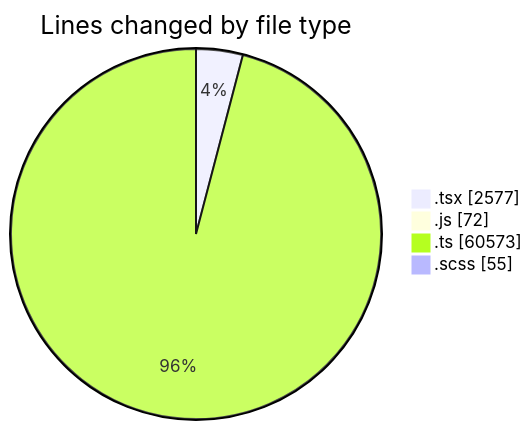
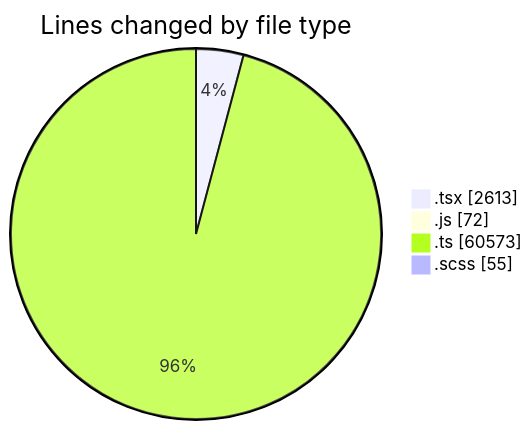
One commit to momahboobian/code-tracking changed the first of 2 diagrams in 2026-09-25/cda/README.md. Above: the diagram before and after it, drawn with Mermaid. The commit also changed other lines of this file and 1 other file, not shown here.

````diff
--- a/2026-09-25/cda/README.md
+++ b/2026-09-25/cda/README.md
@@ -51,8 +52,8 @@
 ```mermaid
 pie showData
 title Lines changed by file type
-".tsx" : 2577
+".tsx" : 2613
 ".js" : 72
 ".ts" : 60573
 ".scss" : 55
 ```
````
